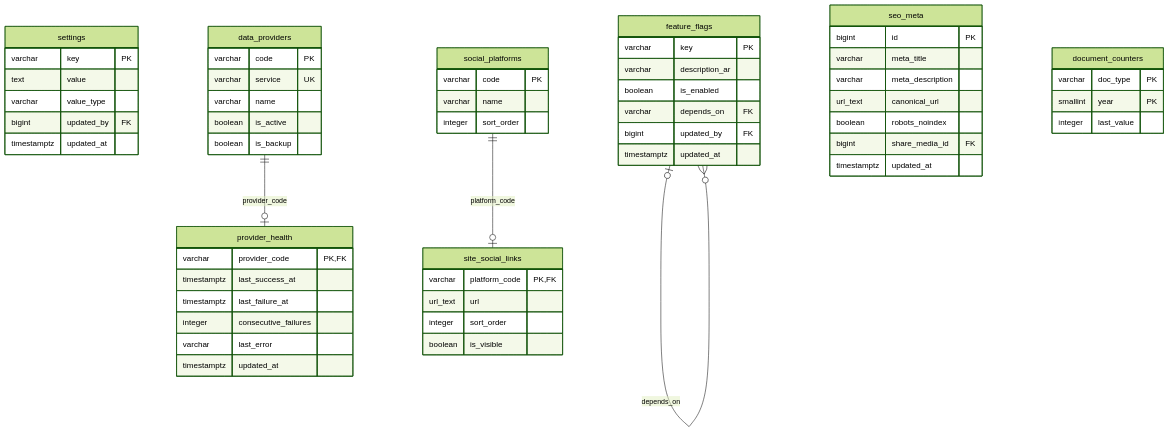
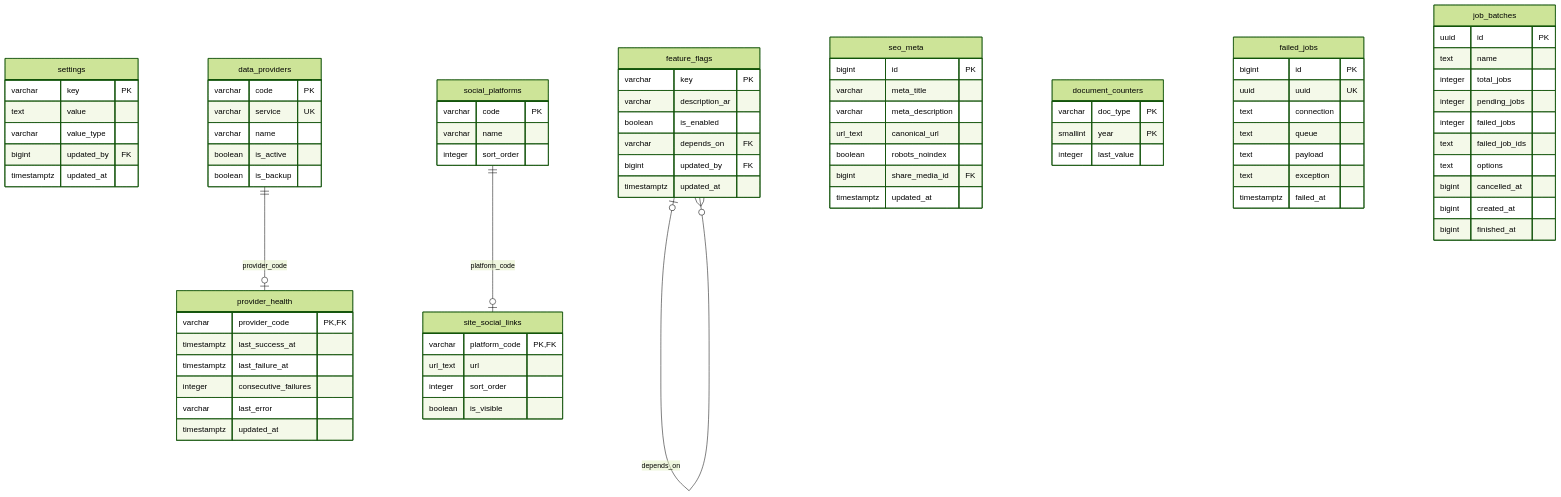
One commit to AnasMaali/raqam-platform changed the second of 17 diagrams in docs/database/README.md. Above: the diagram before and after it, drawn with Mermaid (forest theme). The commit also changed other lines of this file and 6 other files, not shown here.

First line of the commit message:
Add failed_jobs and job_batches to the foundation schema

````diff
--- a/docs/database/README.md
+++ b/docs/database/README.md
@@ -176,61 +177,82 @@
 ```mermaid
 erDiagram
   settings {
     varchar key PK
     text value
     varchar value_type
     bigint updated_by FK
     timestamptz updated_at
   }
   feature_flags {
     varchar key PK
     varchar description_ar
     boolean is_enabled
     varchar depends_on FK
     bigint updated_by FK
     timestamptz updated_at
   }
   data_providers {
     varchar code PK
     varchar service UK
     varchar name
     boolean is_active
     boolean is_backup
   }
   provider_health {
     varchar provider_code PK,FK
     timestamptz last_success_at
     timestamptz last_failure_at
     integer consecutive_failures
     varchar last_error
     timestamptz updated_at
   }
   social_platforms {
     varchar code PK
     varchar name
     integer sort_order
   }
   site_social_links {
     varchar platform_code PK,FK
     url_text url
     integer sort_order
     boolean is_visible
   }
   seo_meta {
     bigint id PK
     varchar meta_title
     varchar meta_description
     url_text canonical_url
     boolean robots_noindex
     bigint share_media_id FK
     timestamptz updated_at
   }
   document_counters {
     varchar doc_type PK
     smallint year PK
     integer last_value
   }
+  failed_jobs {
+    bigint id PK
+    uuid uuid UK
+    text connection
+    text queue
+    text payload
+    text exception
+    timestamptz failed_at
+  }
+  job_batches {
+    uuid id PK
+    text name
+    integer total_jobs
+    integer pending_jobs
+    integer failed_jobs
+    text failed_job_ids
+    text options
+    bigint cancelled_at
+    bigint created_at
+    bigint finished_at
+  }
   data_providers ||--o| provider_health : "provider_code"
   feature_flags |o--o{ feature_flags : "depends_on"
   social_platforms ||--o| site_social_links : "platform_code"
 ```
````
